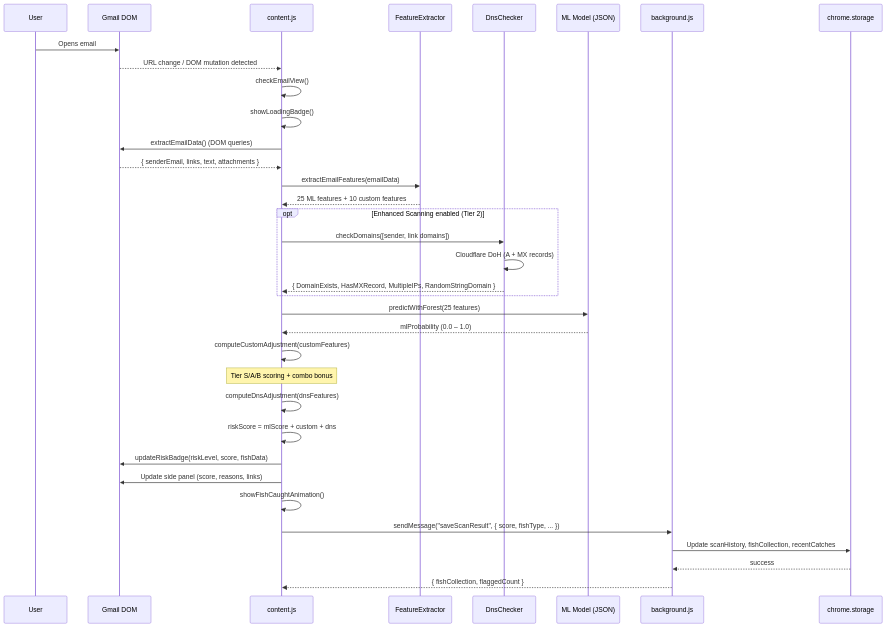
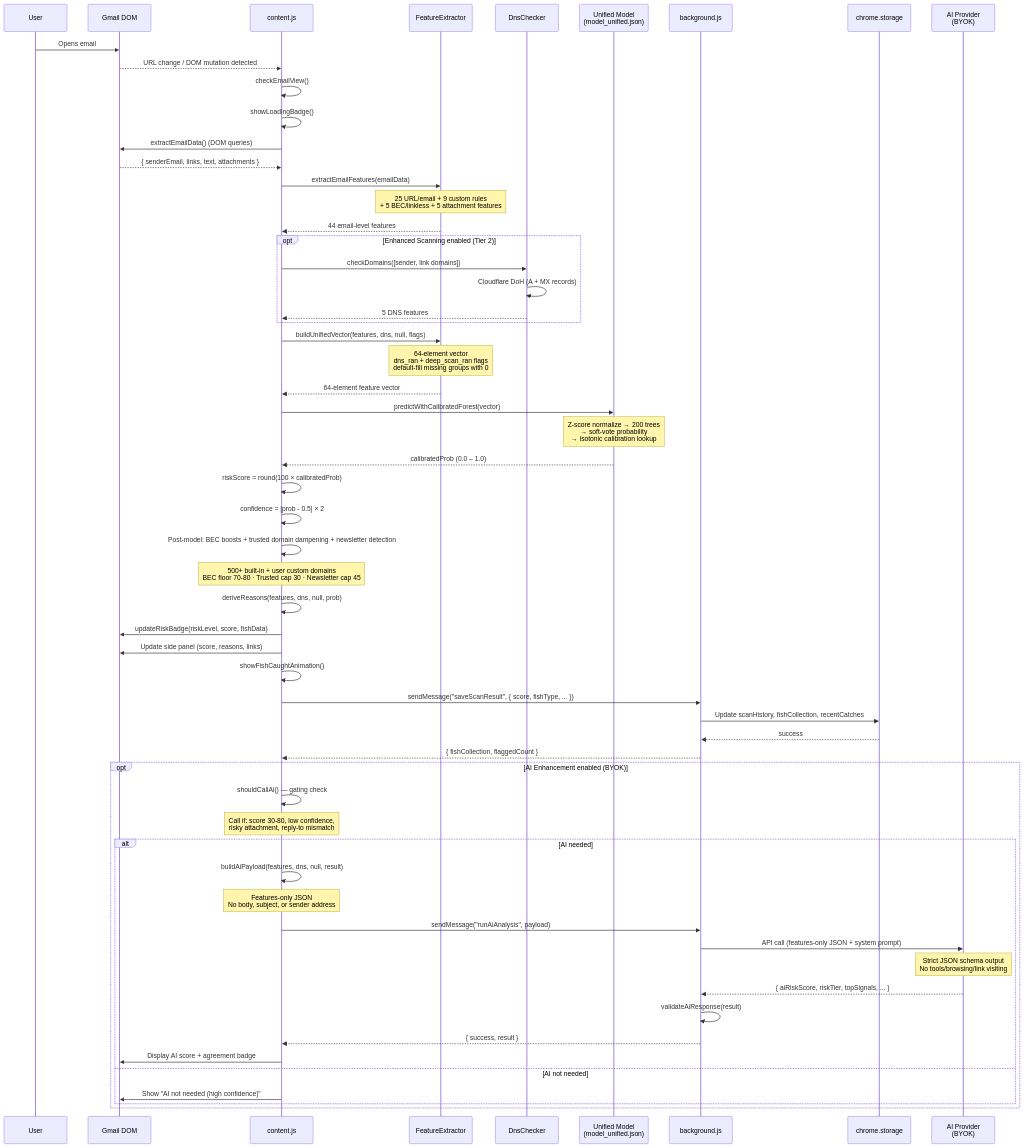
The fourth of 10 diagrams in ARCHITECTURE.md (TyFarrington/GoPhishFree), drawn with Mermaid before and after one commit. The commit also changed other lines of this file and 24 other files, not shown here.

Commit message:
Add unified ML model, AI enhancement (BYOK), trusted domains, and regenerated architecture assets

````diff
--- a/ARCHITECTURE.md
+++ b/ARCHITECTURE.md
@@ -213,44 +250,70 @@
 ```mermaid
 sequenceDiagram
     participant User
     participant Gmail as Gmail DOM
     participant CS as content.js
     participant FE as FeatureExtractor
     participant DNS as DnsChecker
-    participant ML as ML Model (JSON)
+    participant ML as Unified Model<br/>(model_unified.json)
     participant BG as background.js
     participant Store as chrome.storage
+    participant AI as AI Provider<br/>(BYOK)
 
     User->>Gmail: Opens email
     Gmail-->>CS: URL change / DOM mutation detected
     CS->>CS: checkEmailView()
     CS->>CS: showLoadingBadge()
     CS->>Gmail: extractEmailData() (DOM queries)
     Gmail-->>CS: { senderEmail, links, text, attachments }
 
     CS->>FE: extractEmailFeatures(emailData)
-    FE-->>CS: 25 ML features + 10 custom features
+    Note over FE: 25 URL/email + 9 custom rules<br/>+ 5 BEC/linkless + 5 attachment features
+    FE-->>CS: 44 email-level features
 
     opt Enhanced Scanning enabled (Tier 2)
         CS->>DNS: checkDomains([sender, link domains])
         DNS->>DNS: Cloudflare DoH (A + MX records)
-        DNS-->>CS: { DomainExists, HasMXRecord, MultipleIPs, RandomStringDomain }
+        DNS-->>CS: 5 DNS features
     end
 
-    CS->>ML: predictWithForest(25 features)
-    ML-->>CS: mlProbability (0.0 – 1.0)
+    CS->>FE: buildUnifiedVector(features, dns, null, flags)
+    Note over FE: 64-element vector<br/>dns_ran + deep_scan_ran flags<br/>default-fill missing groups with 0
+    FE-->>CS: 64-element feature vector
 
-    CS->>CS: computeCustomAdjustment(customFeatures)
-    Note over CS: Tier S/A/B scoring + combo bonus
-    CS->>CS: computeDnsAdjustment(dnsFeatures)
-    CS->>CS: riskScore = mlScore + custom + dns
+    CS->>ML: predictWithCalibratedForest(vector)
+    Note over ML: Z-score normalize → 200 trees<br/>→ soft-vote probability<br/>→ isotonic calibration lookup
+    ML-->>CS: calibratedProb (0.0 – 1.0)
+
+    CS->>CS: riskScore = round(100 × calibratedProb)
+    CS->>CS: confidence = |prob - 0.5| × 2
+    CS->>CS: Post-model: BEC boosts + trusted domain dampening + newsletter detection
+    Note over CS: 500+ built-in + user custom domains<br/>BEC floor 70-80 · Trusted cap 30 · Newsletter cap 45
+    CS->>CS: deriveReasons(features, dns, null, prob)
 
     CS->>Gmail: updateRiskBadge(riskLevel, score, fishData)
     CS->>Gmail: Update side panel (score, reasons, links)
     CS->>CS: showFishCaughtAnimation()
 
     CS->>BG: sendMessage("saveScanResult", { score, fishType, ... })
     BG->>Store: Update scanHistory, fishCollection, recentCatches
     Store-->>BG: success
     BG-->>CS: { fishCollection, flaggedCount }
+
+    opt AI Enhancement enabled (BYOK)
+        CS->>CS: shouldCallAi() — gating check
+        Note over CS: Call if: score 30-80, low confidence,<br/>risky attachment, reply-to mismatch
+        alt AI needed
+            CS->>CS: buildAiPayload(features, dns, null, result)
+            Note over CS: Features-only JSON<br/>No body, subject, or sender address
+            CS->>BG: sendMessage("runAiAnalysis", payload)
+            BG->>AI: API call (features-only JSON + system prompt)
+            Note over AI: Strict JSON schema output<br/>No tools/browsing/link visiting
+            AI-->>BG: { aiRiskScore, riskTier, topSignals, ... }
+            BG->>BG: validateAiResponse(result)
+            BG-->>CS: { success, result }
+            CS->>Gmail: Display AI score + agreement badge
+        else AI not needed
+            CS->>Gmail: Show "AI not needed (high confidence)"
+        end
+    end
 ```
````
